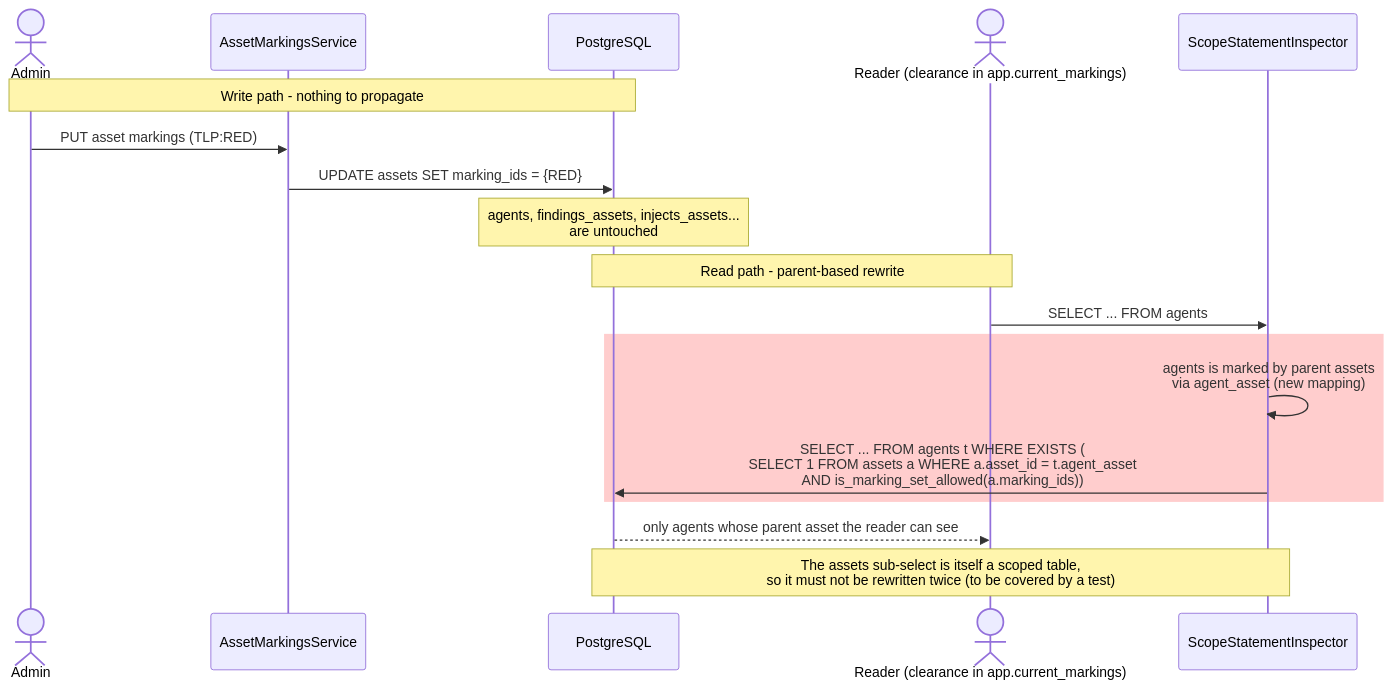
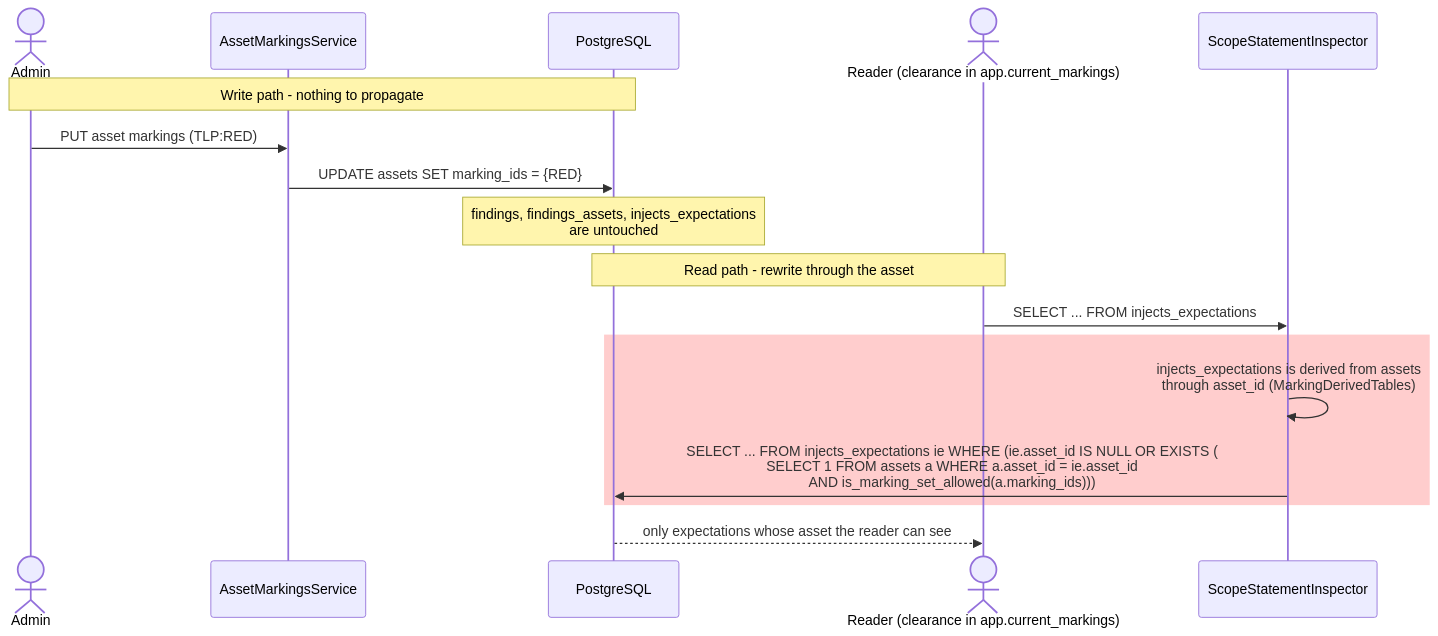
One commit to OpenAEV-Platform/openaev changed the tenth of 12 diagrams in brainstorming/marking/task4/tech-design.md. Above: the diagram before and after it, drawn with Mermaid. The commit also changed other lines of this file and 9 other files, not shown here.

Commit message:
fix(marking): remove linked-tables in application.properties

````diff
--- a/brainstorming/marking/task4/tech-design.md
+++ b/brainstorming/marking/task4/tech-design.md
@@ -773,22 +770,21 @@
 ```mermaid
 sequenceDiagram
     actor U as Admin
     participant SVC as AssetMarkingsService
     participant DB as PostgreSQL
     actor R as Reader (clearance in app.current_markings)
     participant INS as ScopeStatementInspector
 
     Note over U,DB: Write path - nothing to propagate
     U->>SVC: PUT asset markings (TLP:RED)
     SVC->>DB: UPDATE assets SET marking_ids = {RED}
-    Note over DB: agents, findings_assets, injects_assets...<br/>are untouched
+    Note over DB: findings, findings_assets, injects_expectations<br/>are untouched
 
-    Note over R,DB: Read path - parent-based rewrite
-    R->>INS: SELECT ... FROM agents
+    Note over R,DB: Read path - rewrite through the asset
+    R->>INS: SELECT ... FROM injects_expectations
     rect rgb(255, 205, 205)
-        INS->>INS: agents is marked by parent assets<br/>via agent_asset (new mapping)
-        INS->>DB: SELECT ... FROM agents t WHERE EXISTS (<br/>SELECT 1 FROM assets a WHERE a.asset_id = t.agent_asset<br/>AND is_marking_set_allowed(a.marking_ids))
+        INS->>INS: injects_expectations is derived from assets<br/>through asset_id (MarkingDerivedTables)
+        INS->>DB: SELECT ... FROM injects_expectations ie WHERE (ie.asset_id IS NULL OR EXISTS (<br/>SELECT 1 FROM assets a WHERE a.asset_id = ie.asset_id<br/>AND is_marking_set_allowed(a.marking_ids)))
     end
-    DB-->>R: only agents whose parent asset the reader can see
-    Note over INS,DB: The assets sub-select is itself a scoped table,<br/>so it must not be rewritten twice (to be covered by a test)
+    DB-->>R: only expectations whose asset the reader can see
 ```
````
